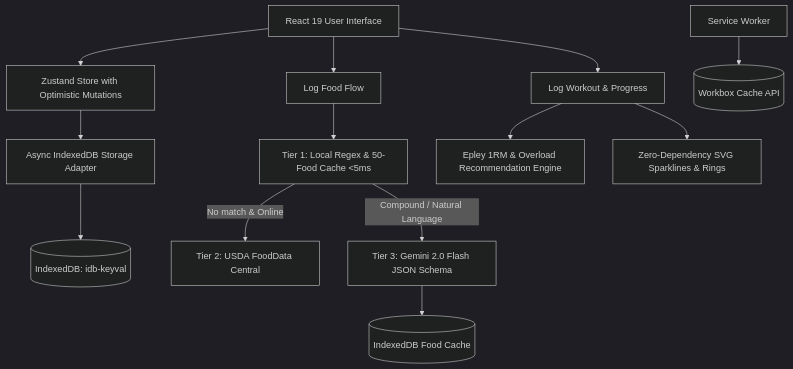
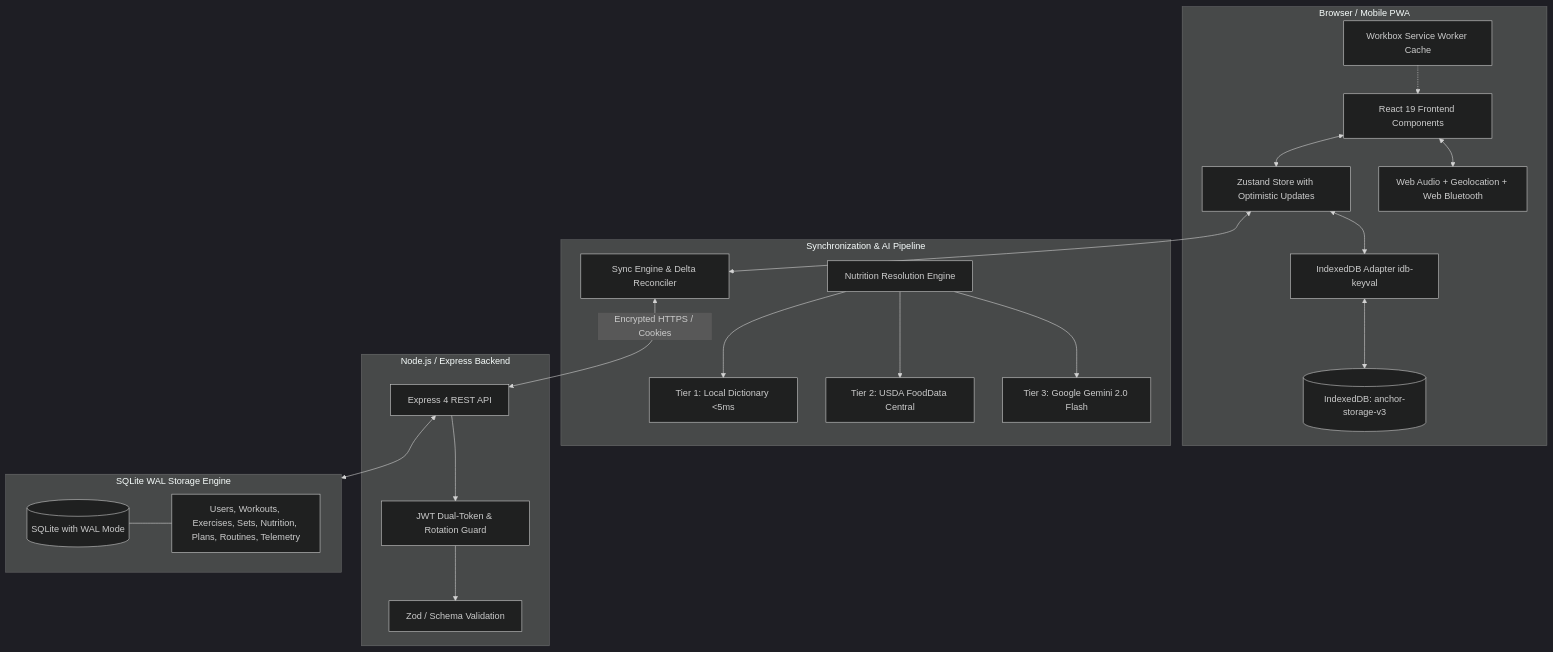
The diagram in README.md (ByteWithPrince/Anchor), drawn with Mermaid (dark theme) before and after one commit. The commit also changed other lines of this file and 18 other files, not shown here.

Commit message:
feat: complete production architecture, resilient dual-token auth, and comprehensive README

````diff
--- a/README.md
+++ b/README.md
@@ -24,18 +102,46 @@
 ```mermaid
 graph TD
-    UI[React 19 User Interface] --> Store[Zustand Store with Optimistic Mutations]
-    Store --> StorageAdapter[Async IndexedDB Storage Adapter]
-    StorageAdapter --> IDB[(IndexedDB: idb-keyval)]
-    
-    UI --> FoodModule[Log Food Flow]
-    FoodModule --> Layer1[Tier 1: Local Regex & 50-Food Cache <5ms]
-    Layer1 -->|No match & Online| Layer2[Tier 2: USDA FoodData Central]
-    Layer1 -->|Compound / Natural Language| Layer3[Tier 3: Gemini 2.0 Flash JSON Schema]
-    Layer3 --> FoodCache[(IndexedDB Food Cache)]
+    subgraph Client [Browser / Mobile PWA]
+        UI[React 19 Frontend Components]
+        Store[Zustand Store with Optimistic Updates]
+        IDBAdapter[IndexedDB Adapter idb-keyval]
+        LocalDB[(IndexedDB: anchor-storage-v3)]
+        
+        SW[Workbox Service Worker Cache]
+        WebAPIs[Web Audio + Geolocation + Web Bluetooth]
+        
+        UI <--> Store
+        Store <--> IDBAdapter
+        IDBAdapter <--> LocalDB
+        UI <--> WebAPIs
+        SW -.-> UI
+    end
 
-    UI --> WorkoutModule[Log Workout & Progress]
-    WorkoutModule --> OverloadEngine[Epley 1RM & Overload Recommendation Engine]
-    WorkoutModule --> SVGCharts[Zero-Dependency SVG Sparklines & Rings]
-    
-    SW[Service Worker] --> CacheStorage[(Workbox Cache API)]
+    subgraph SyncEngine [Synchronization & AI Pipeline]
+        Sync[Sync Engine & Delta Reconciler]
+        Store <--> Sync
+        
+        FoodResolver[Nutrition Resolution Engine]
+        FoodResolver --> T1[Tier 1: Local Dictionary <5ms]
+        FoodResolver --> T2[Tier 2: USDA FoodData Central]
+        FoodResolver --> T3[Tier 3: Google Gemini 2.0 Flash]
+    end
+
+    subgraph Server [Node.js / Express Backend]
+        API[Express 4 REST API]
+        AuthMW[JWT Dual-Token & Rotation Guard]
+        Validator[Zod / Schema Validation]
+        
+        API --> AuthMW
+        AuthMW --> Validator
+    end
+
+    subgraph Database [SQLite WAL Storage Engine]
+        SQLite[(SQLite with WAL Mode)]
+        Tables[Users, Workouts, Exercises, Sets, Nutrition, Plans, Routines, Telemetry]
+        SQLite --- Tables
+    end
+
+    Sync <-->|Encrypted HTTPS / Cookies| API
+    API <--> Database
 ```
````
